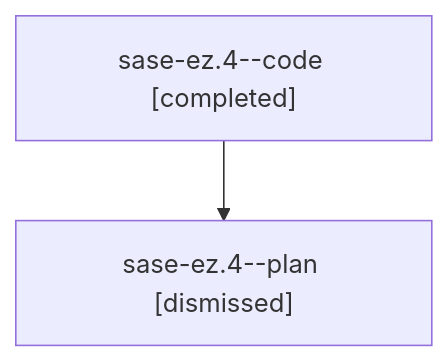
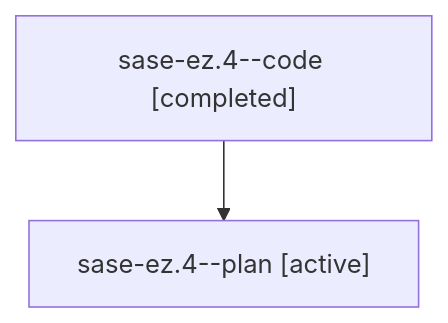
The diagram in families/bbugyi200.athena.sase-ez.4.md (sase-org/sase--agents), drawn with Mermaid before and after one commit. The commit also changed other lines of this file and 4556 other files, not shown here.

````diff
--- a/families/bbugyi200.athena.sase-ez.4.md
+++ b/families/bbugyi200.athena.sase-ez.4.md
@@ -9,6 +9,6 @@
 ```mermaid
 flowchart TD
   n0["sase-ez.4--code [completed]"]
-  n1["sase-ez.4--plan [dismissed]"]
+  n1["sase-ez.4--plan [active]"]
   n0 --> n1
 ```
````
